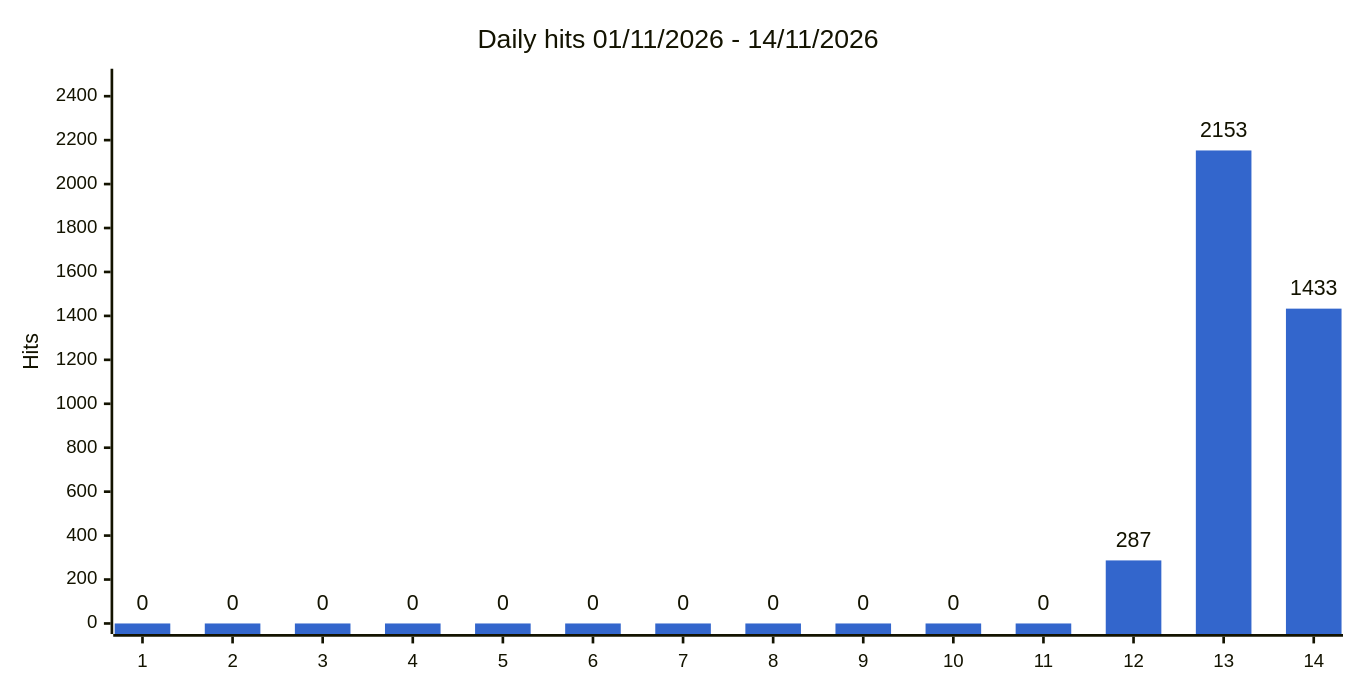
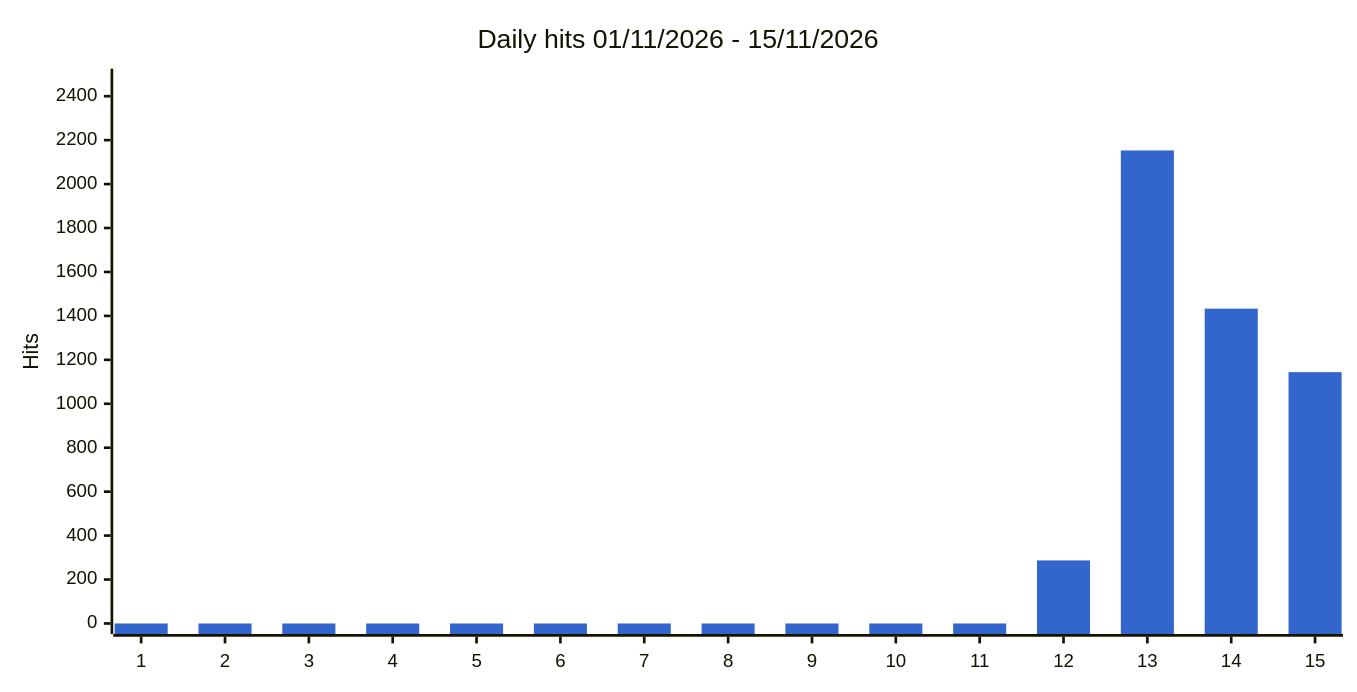
Before and after one commit to gmoulard/wikipedia2book: the second of 3 diagrams in docs/stats.md, drawn with Mermaid. The commit also changed other lines of this file and 2 other files, not shown here.

Commit message:
stats: daily 2026-11-16 08:58 UTC

````diff
--- a/docs/stats.md
+++ b/docs/stats.md
@@ -28,8 +28,8 @@
 ```mermaid
 %%{init: {"xyChart": {"width": 1000, "showDataLabel": true, "showDataLabelOutsideBar": true}, "themeVariables": {"xyChart": {"plotColorPalette": "#3366cc"}}}}%%
 xychart-beta
-    title "Daily hits 01/11/2026 - 14/11/2026"
-    x-axis ["1", "2", "3", "4", "5", "6", "7", "8", "9", "10", "11", "12", "13", "14"]
+    title "Daily hits 01/11/2026 - 15/11/2026"
+    x-axis ["1", "2", "3", "4", "5", "6", "7", "8", "9", "10", "11", "12", "13", "14", "15"]
     y-axis "Hits" 0 --> 2476
-    bar [0, 0, 0, 0, 0, 0, 0, 0, 0, 0, 0, 287, 2153, 1433]
+    bar [0, 0, 0, 0, 0, 0, 0, 0, 0, 0, 0, 287, 2153, 1433, 1144]
 ```
````
